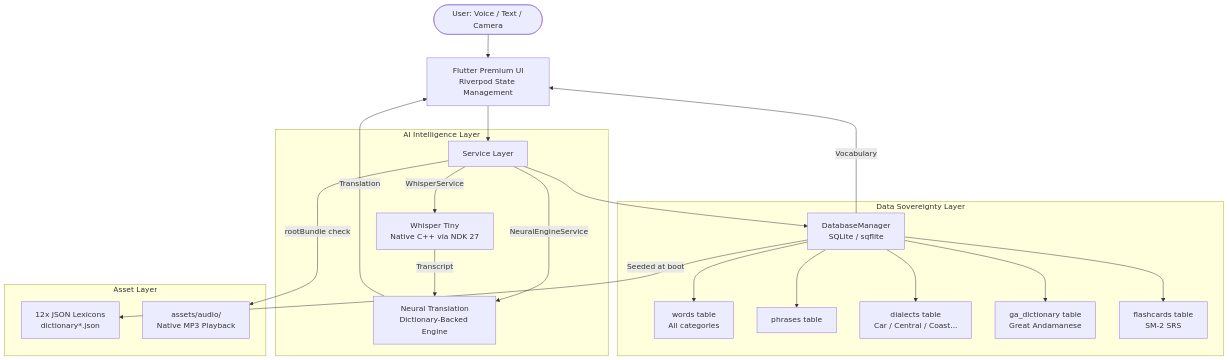
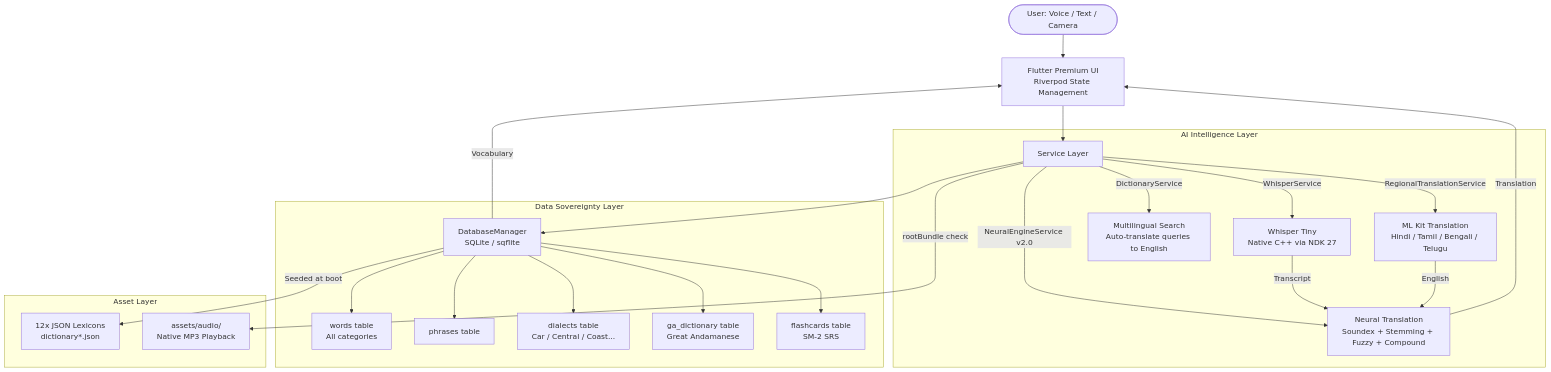
Before and after one commit to sathiyatskrj/Speechmate: the diagram in README.md, drawn with Mermaid. The commit also changed other lines of this file, not shown here.

Commit message:
Update README to v2.5: Regional translators, Neural Engine v2.0, dynamic AR, multilingual search, XP balancing

````diff
--- a/README.md
+++ b/README.md
@@ -119,28 +139,31 @@
 ```mermaid
 graph TD
     User([User: Voice / Text / Camera]) --> UI[Flutter Premium UI\nRiverpod State Management]
     UI --> Service[Service Layer]
 
     subgraph "AI Intelligence Layer"
         Service --> |WhisperService| Whisper[Whisper Tiny\nNative C++ via NDK 27]
-        Service --> |NeuralEngineService| Neural[Neural Translation\nDictionary-Backed Engine]
+        Service --> |NeuralEngineService v2.0| Neural[Neural Translation\nSoundex + Stemming + Fuzzy + Compound]
+        Service --> |RegionalTranslationService| Regional[ML Kit Translation\nHindi / Tamil / Bengali / Telugu]
+        Service --> |DictionaryService| AutoTranslate[Multilingual Search\nAuto-translate queries to English]
     end
 
     subgraph "Data Sovereignty Layer"
         Service --> DB[DatabaseManager\nSQLite / sqflite]
         DB --> W[words table\nAll categories]
         DB --> P[phrases table]
         DB --> D[dialects table\nCar / Central / Coast...]
         DB --> GA[ga_dictionary table\nGreat Andamanese]
         DB --> FC[flashcards table\nSM-2 SRS]
     end
 
     subgraph "Asset Layer"
         DB --> |Seeded at boot| JSON[12x JSON Lexicons\ndictionary*.json]
         Service --> |rootBundle check| Audio[assets/audio/\nNative MP3 Playback]
     end
 
     Whisper --> |Transcript| Neural
+    Regional --> |English| Neural
     Neural --> |Translation| UI
     DB --> |Vocabulary| UI
 ```
````
